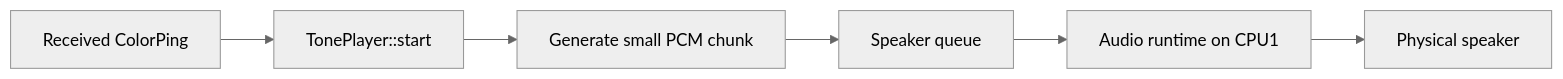
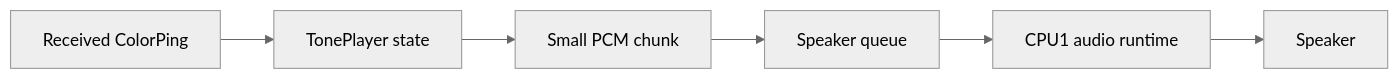
One commit to wackazong/hackandhike-2026 changed diagram 11 of 13 in README.md. Above: the diagram before and after it, drawn with Mermaid (neutral theme). The commit also changed other lines of this file, not shown here.

````diff
--- a/README.md
+++ b/README.md
@@ -1174,8 +804,8 @@
 ```mermaid
 flowchart LR
-    Ping["Received ColorPing"] --> Start["TonePlayer::start"]
-    Start --> Generate["Generate small PCM chunk"]
-    Generate --> Queue["Speaker queue"]
-    Queue --> CPU1["Audio runtime on CPU1"]
-    CPU1 --> Speaker["Physical speaker"]
+    Ping["Received ColorPing"] --> Tone["TonePlayer state"]
+    Tone --> Chunk["Small PCM chunk"]
+    Chunk --> Queue["Speaker queue"]
+    Queue --> Runtime["CPU1 audio runtime"]
+    Runtime --> Physical["Speaker"]
 ```
````
